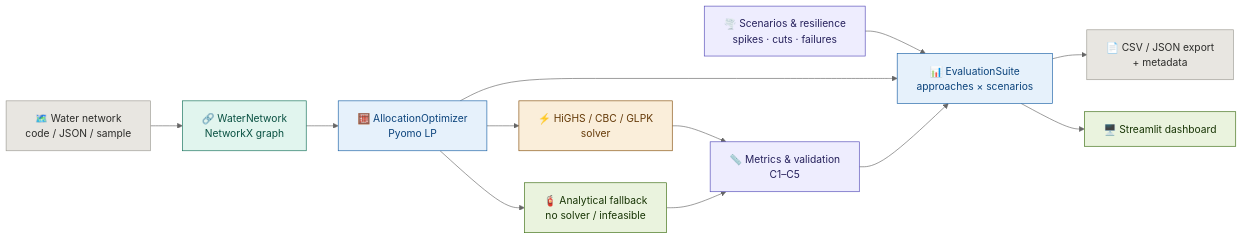
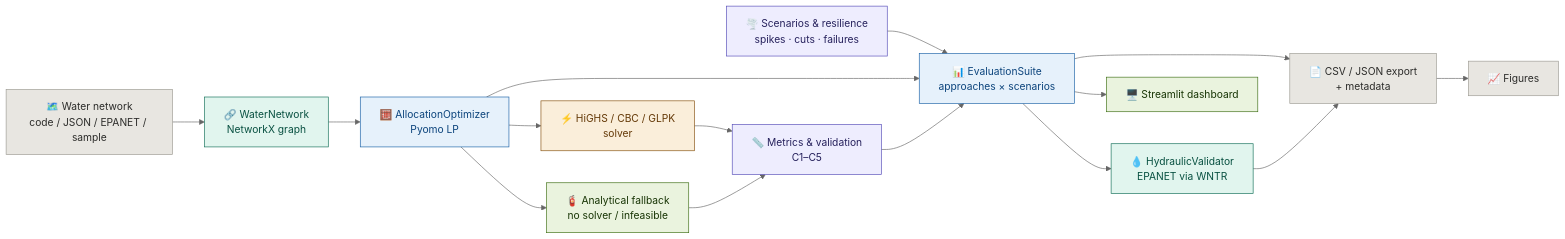
One commit to ria0304/AquaRoute changed the diagram in readme.md. Above: the diagram before and after it, drawn with Mermaid (neutral theme). The commit also changed other lines of this file, not shown here.

````diff
--- a/readme.md
+++ b/readme.md
@@ -268,32 +308,37 @@
 ```mermaid
 flowchart LR
-    A["🗺️ Water network<br/>code / JSON / sample"]:::gray
+    A["🗺️ Water network<br/>code / JSON / EPANET / sample"]:::gray
     B["🔗 WaterNetwork<br/>NetworkX graph"]:::teal
     C["🧮 AllocationOptimizer<br/>Pyomo LP"]:::blue
     D["⚡ HiGHS / CBC / GLPK<br/>solver"]:::amber
     E["🧯 Analytical fallback<br/>no solver / infeasible"]:::green
     F["📏 Metrics &amp; validation<br/>C1–C5"]:::purple
     G["📊 EvaluationSuite<br/>approaches × scenarios"]:::blue
     H["🌪️ Scenarios &amp; resilience<br/>spikes · cuts · failures"]:::purple
+    K["💧 HydraulicValidator<br/>EPANET via WNTR"]:::teal
     I["📄 CSV / JSON export<br/>+ metadata"]:::gray
+    L["📈 Figures"]:::gray
     J["🖥️ Streamlit dashboard"]:::green
 
     A --> B
     B --> C
     C --> D
     C --> E
     D --> F
     E --> F
     H --> G
     C --> G
     F --> G
+    G --> K
     G --> I
+    K --> I
+    I --> L
     G --> J
 
     classDef gray   fill:#e8e6e1,stroke:#9c9a92,color:#2C2C2A
     classDef teal   fill:#E1F5EE,stroke:#0F6E56,color:#085041
     classDef blue   fill:#E6F1FB,stroke:#185FA5,color:#0C447C
     classDef amber  fill:#FAEEDA,stroke:#854F0B,color:#633806
     classDef purple fill:#EEEDFE,stroke:#534AB7,color:#26215C
     classDef green  fill:#EAF3DE,stroke:#3B6D11,color:#173404
 ```
````
